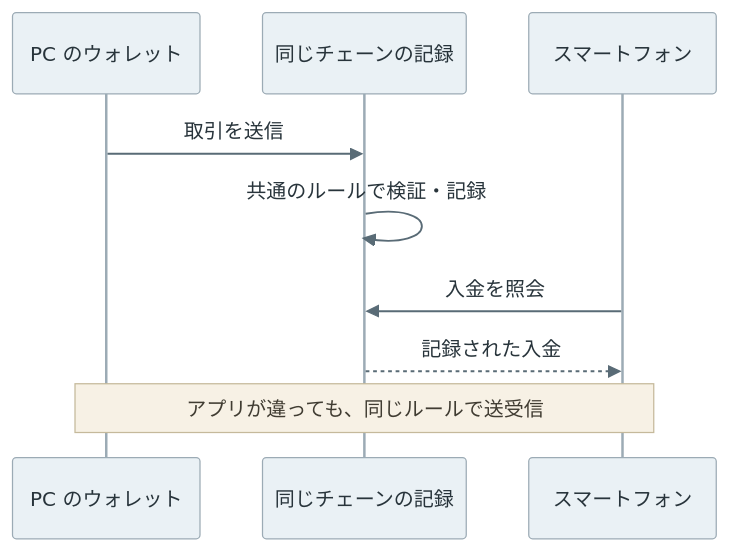
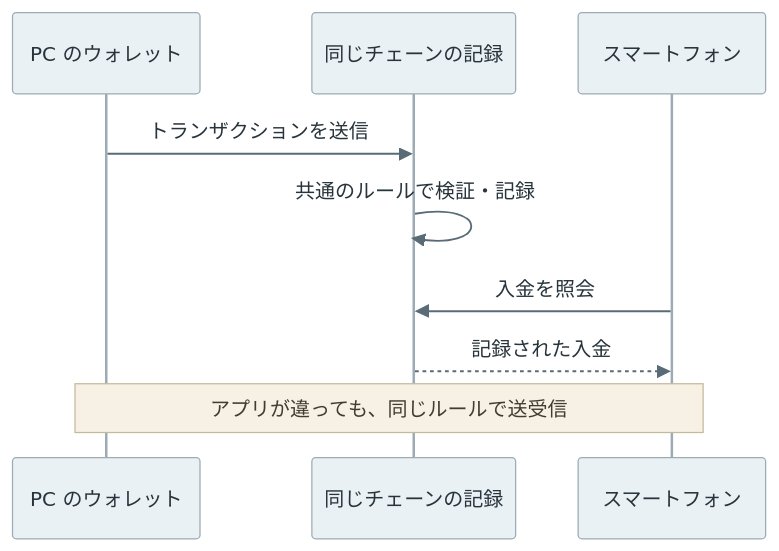
One commit to nao1215/debimate changed the first of 14 diagrams in content/notes/blockchain-systems/wallet/index.md. Above: the diagram before and after it, drawn with Mermaid. The commit also changed other lines of this file and 129 other files, not shown here.

````diff
--- a/content/notes/blockchain-systems/wallet/index.md
+++ b/content/notes/blockchain-systems/wallet/index.md
@@ -30,12 +30,12 @@
 ```mermaid
 %%{init: {"theme":"base","themeVariables":{"primaryColor":"#eaf1f5","primaryTextColor":"#28343b","primaryBorderColor":"#9cabb5","lineColor":"#596b76","textColor":"#28343b","actorBkg":"#eaf1f5","actorBorder":"#9cabb5","actorTextColor":"#28343b","actorLineColor":"#9cabb5","signalColor":"#596b76","signalTextColor":"#28343b","noteBkgColor":"#f7f1e5","noteBorderColor":"#c5b99b","noteTextColor":"#403c32","activationBkgColor":"#edf3ef","activationBorderColor":"#9aafa1"}}}%%
 sequenceDiagram
     participant P as PC のウォレット
     participant C as 同じチェーンの記録
     participant M as スマートフォン
-    P->>C: 取引を送信
+    P->>C: トランザクションを送信
     C->>C: 共通のルールで検証・記録
     M->>C: 入金を照会
     C-->>M: 記録された入金
     Note over P,M: アプリが違っても、同じルールで送受信
 ```
````
